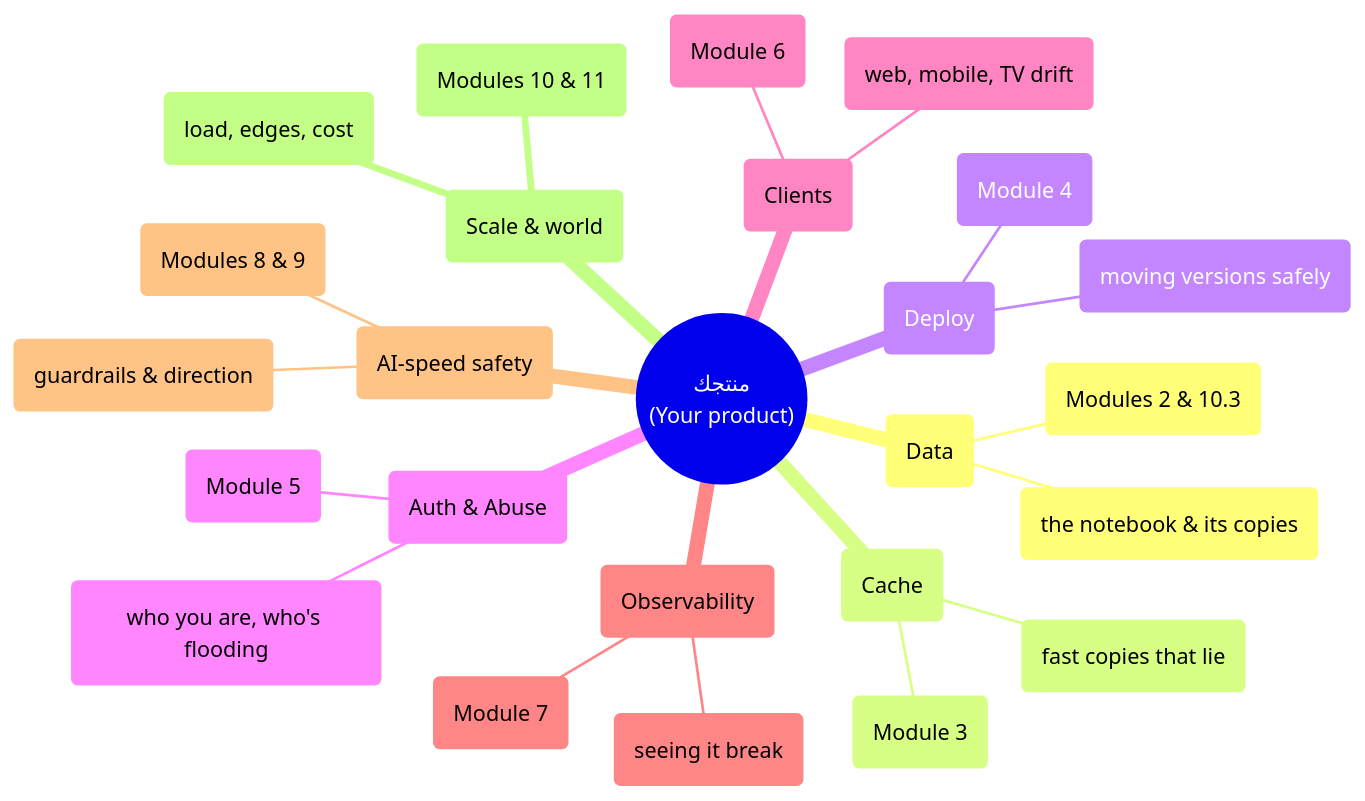
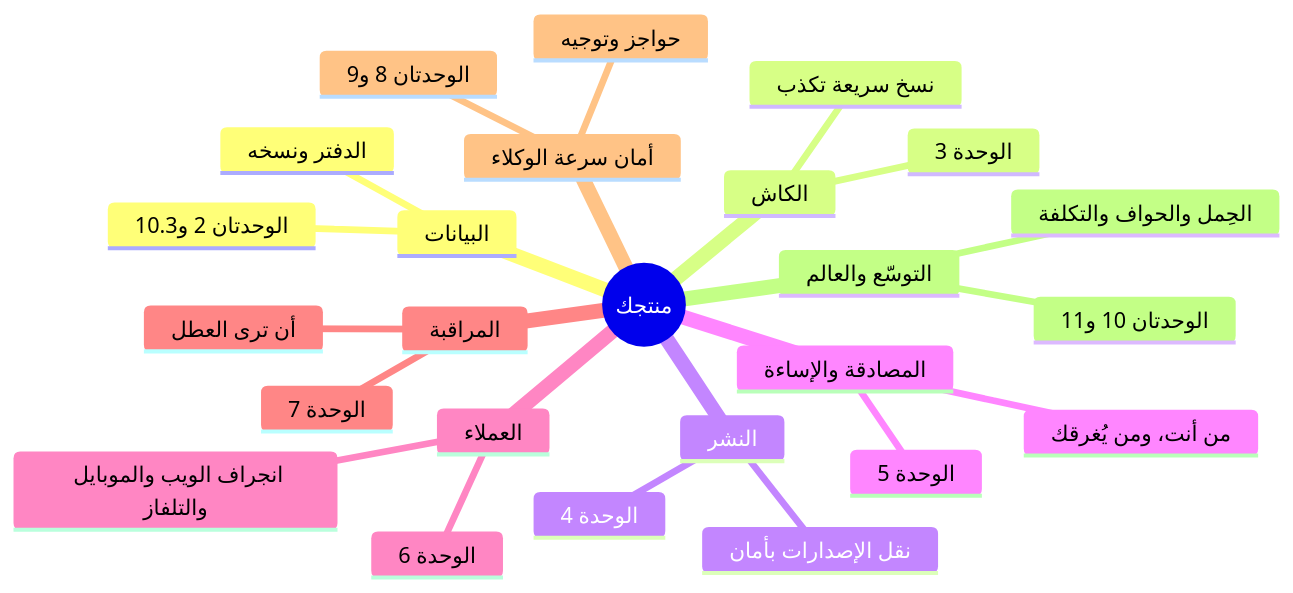
Before and after one commit to Tamoura/system-design-for-vibe-coders: the second of 3 diagrams in modules/0-the-gap/the-gap.ar.md, drawn with Mermaid. The commit also changed other lines of this file and 551 other files, not shown here.

````diff
--- a/modules/0-the-gap/the-gap.ar.md
+++ b/modules/0-the-gap/the-gap.ar.md
@@ -113,28 +113,28 @@
 ```mermaid
 mindmap
-  root(("منتجك<br/>(Your product)"))
-     (Data)
-       ونسخه (the notebook & its copies)
-       2 و10.3 (Modules 2 & 10.3)
-     (Cache)
-       سريعة تكذب (fast copies that lie)
-       3 (Module 3)
-     (Deploy)
-       النسخ بأمان (moving versions safely)
-       4 (Module 4)
-     والإساءة (Auth & Abuse)
-       أنت، ومن يُغرقك (who you are, who's flooding)
-       5 (Module 5)
-     (Clients)
-       الويب والموبايل والتلفاز (web, mobile, TV drift)
-       6 (Module 6)
-     (Observability)
-       ترى العطل (seeing it break)
-       7 (Module 7)
-     سرعة الوكلاء (AI-speed safety)
-       وتوجيه (guardrails & direction)
-       8 و9 (Modules 8 & 9)
-    ّع والعالم (Scale & world)
-       والحواف والتكلفة (load, edges, cost)
-       10 و11 (Modules 10 & 11)
+  root(("منتجك"))
+    البيانات
+      الدفتر ونسخه
+      الوحدتان 2 و10.3
+    الكاش
+      نسخ سريعة تكذب
+      الوحدة 3
+    النشر
+      نقل الإصدارات بأمان
+      الوحدة 4
+    المصادقة والإساءة
+      من أنت، ومن يُغرقك
+      الوحدة 5
+    العملاء
+      انجراف الويب والموبايل والتلفاز
+      الوحدة 6
+    المراقبة
+      أن ترى العطل
+      الوحدة 7
+    أمان سرعة الوكلاء
+      حواجز وتوجيه
+      الوحدتان 8 و9
+    التوسّع والعالم
+      الحِمل والحواف والتكلفة
+      الوحدتان 10 و11
 ```
````
